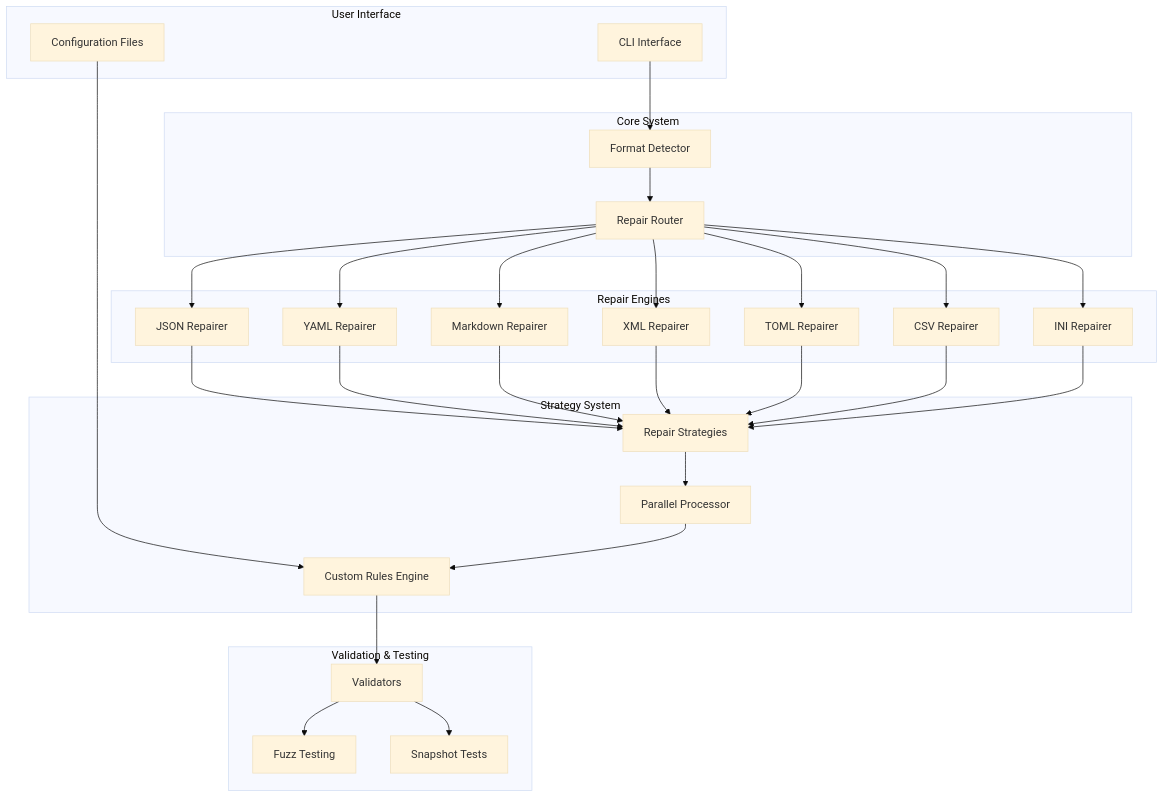
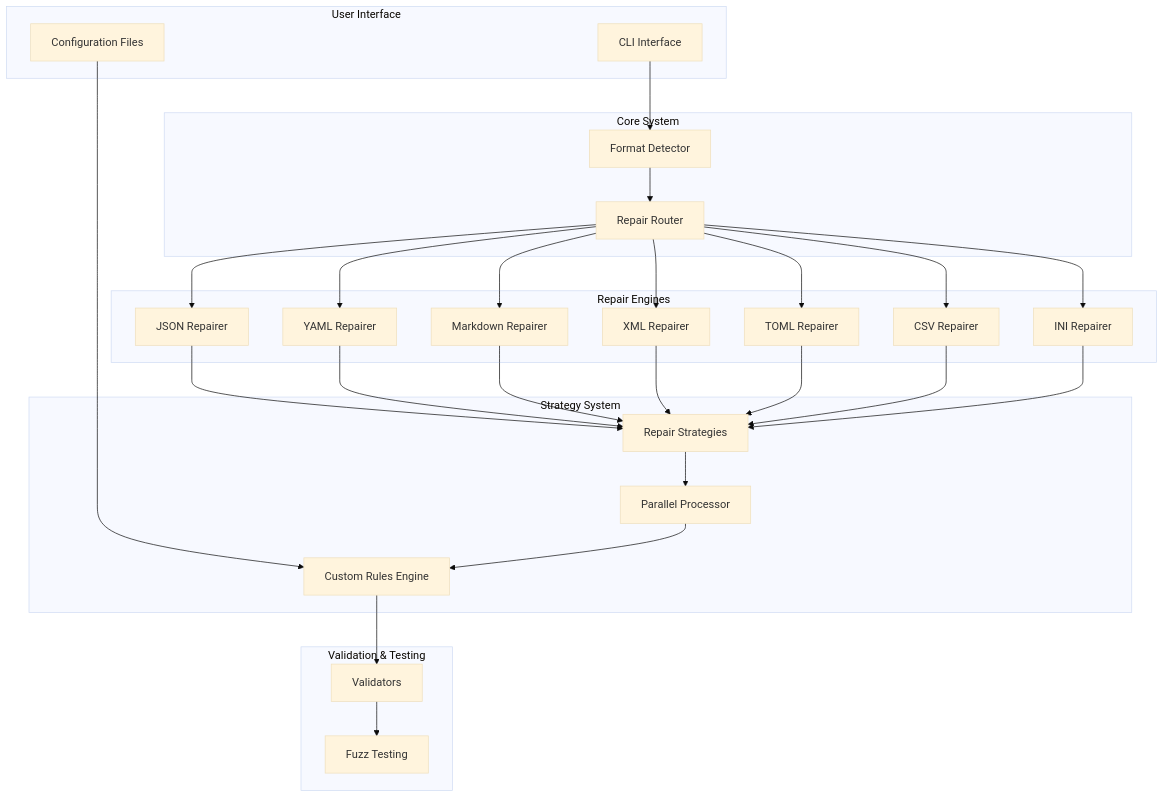
The first of 2 diagrams in docs/ARCHITECTURE.md (yingkitw/anyrepair), drawn with Mermaid (base theme) before and after one commit. The commit also changed other lines of this file and 18 other files, not shown here.

````diff
--- a/docs/ARCHITECTURE.md
+++ b/docs/ARCHITECTURE.md
@@ -276,63 +269,61 @@
 ```mermaid
 graph TB
     subgraph "User Interface"
         CLI[CLI Interface]
         CONFIG[Configuration Files]
     end
     
     subgraph "Core System"
         DETECTOR[Format Detector]
         ROUTER[Repair Router]
     end
     
     subgraph "Repair Engines"
         JSON[JSON Repairer]
         YAML[YAML Repairer]
         MD[Markdown Repairer]
         XML[XML Repairer]
         TOML[TOML Repairer]
         CSV[CSV Repairer]
         INI[INI Repairer]
     end
     
     subgraph "Strategy System"
         STRATEGIES[Repair Strategies]
         PARALLEL[Parallel Processor]
         CUSTOM[Custom Rules Engine]
     end
-    
-    
+
+
     subgraph "Validation & Testing"
         VALIDATORS[Validators]
         FUZZ[Fuzz Testing]
-        SNAPSHOT[Snapshot Tests]
     end
-    
+
     CLI --> DETECTOR
     CONFIG --> CUSTOM
-    
+
     DETECTOR --> ROUTER
     ROUTER --> JSON
     ROUTER --> YAML
     ROUTER --> MD
     ROUTER --> XML
     ROUTER --> TOML
     ROUTER --> CSV
     ROUTER --> INI
-    
+
     JSON --> STRATEGIES
     YAML --> STRATEGIES
     MD --> STRATEGIES
     XML --> STRATEGIES
     TOML --> STRATEGIES
     CSV --> STRATEGIES
     INI --> STRATEGIES
-    
+
     STRATEGIES --> PARALLEL
     PARALLEL --> CUSTOM
     CUSTOM --> VALIDATORS
-    
-    
+
+
     VALIDATORS --> FUZZ
-    VALIDATORS --> SNAPSHOT
 ```
````
